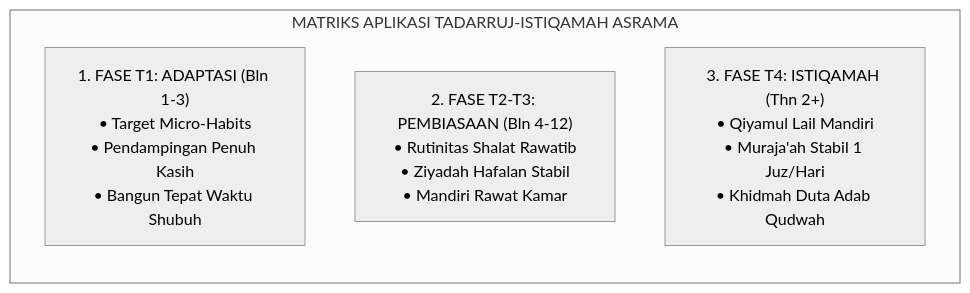
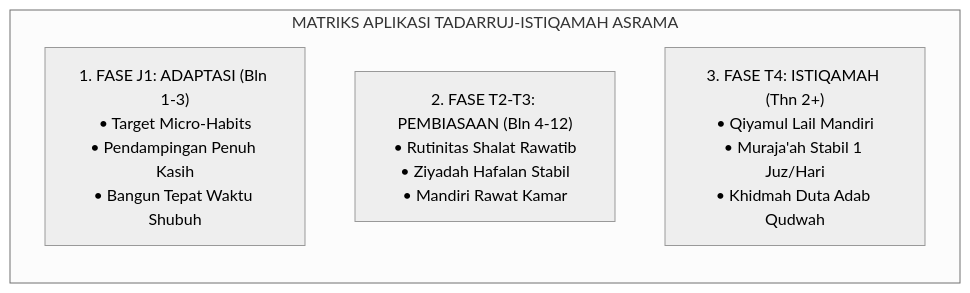
Before and after one commit to wandiapriliyandi/tumbuh: the eighth of 9 diagrams in 02 Principles/01 Core Principles/P2-01-06-Prinsip-Tadarruj-dan-Istiqamah.md, drawn with Mermaid (neutral theme). The commit also changed other lines of this file and 209 other files, not shown here.

````diff
--- a/02 Principles/01 Core Principles/P2-01-06-Prinsip-Tadarruj-dan-Istiqamah.md
+++ b/02 Principles/01 Core Principles/P2-01-06-Prinsip-Tadarruj-dan-Istiqamah.md
@@ -376,8 +376,8 @@
 ```mermaid
 graph LR
     subgraph MatriksTigaFaseAsrama["MATRIKS APLIKASI TADARRUJ-ISTIQAMAH ASRAMA"]
-        F1["1. FASE T1: ADAPTASI (Bln 1-3)<br/>• Target Micro-Habits<br/>• Pendampingan Penuh Kasih<br/>• Bangun Tepat Waktu Shubuh"]
+        F1["1. FASE J1: ADAPTASI (Bln 1-3)<br/>• Target Micro-Habits<br/>• Pendampingan Penuh Kasih<br/>• Bangun Tepat Waktu Shubuh"]
         F2["2. FASE T2-T3: PEMBIASAAN (Bln 4-12)<br/>• Rutinitas Shalat Rawatib<br/>• Ziyadah Hafalan Stabil<br/>• Mandiri Rawat Kamar"]
         F3["3. FASE T4: ISTIQAMAH (Thn 2+)<br/>• Qiyamul Lail Mandiri<br/>• Muraja'ah Stabil 1 Juz/Hari<br/>• Khidmah Duta Adab Qudwah"]
     end
 ```
````
